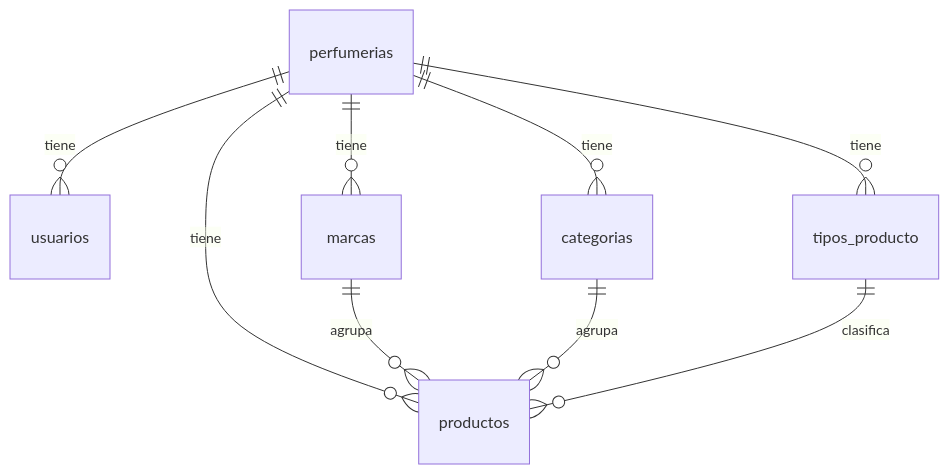
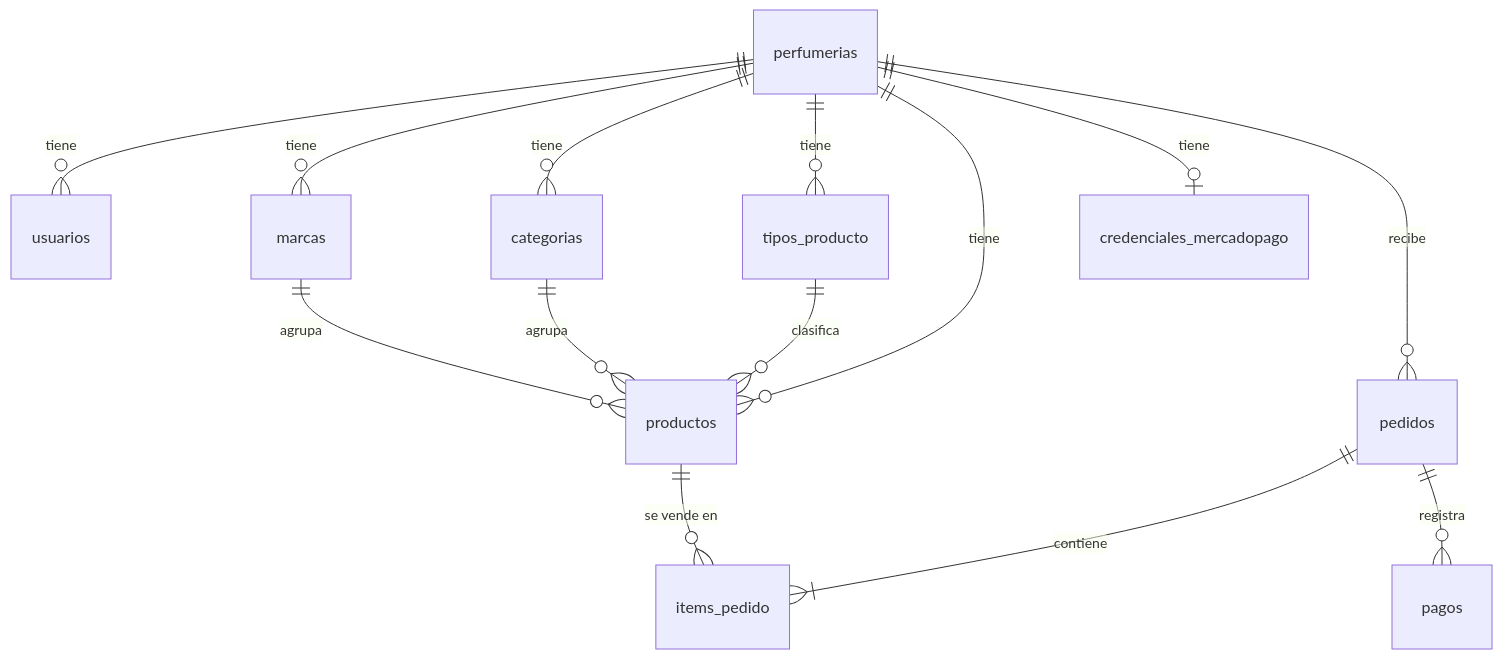
The diagram in catalogo-perfumerias/docs/modelo-datos.md (pedroguerrero1/catalogo-perfumerias), drawn with Mermaid before and after one commit. The commit also changed other lines of this file and 4 other files, not shown here.

Commit message:
docs: agrega carrito, pedidos y pagos con Mercado Pago (D-016 a D-018)

````diff
--- a/catalogo-perfumerias/docs/modelo-datos.md
+++ b/catalogo-perfumerias/docs/modelo-datos.md
@@ -7,11 +7,16 @@
 ```mermaid
 erDiagram
     perfumerias ||--o{ usuarios : tiene
     perfumerias ||--o{ marcas : tiene
     perfumerias ||--o{ categorias : tiene
     perfumerias ||--o{ tipos_producto : tiene
     perfumerias ||--o{ productos : tiene
     marcas ||--o{ productos : agrupa
     categorias ||--o{ productos : agrupa
     tipos_producto ||--o{ productos : clasifica
+    perfumerias ||--o| credenciales_mercadopago : tiene
+    perfumerias ||--o{ pedidos : recibe
+    pedidos ||--|{ items_pedido : contiene
+    productos ||--o{ items_pedido : "se vende en"
+    pedidos ||--o{ pagos : registra
 ```
````
